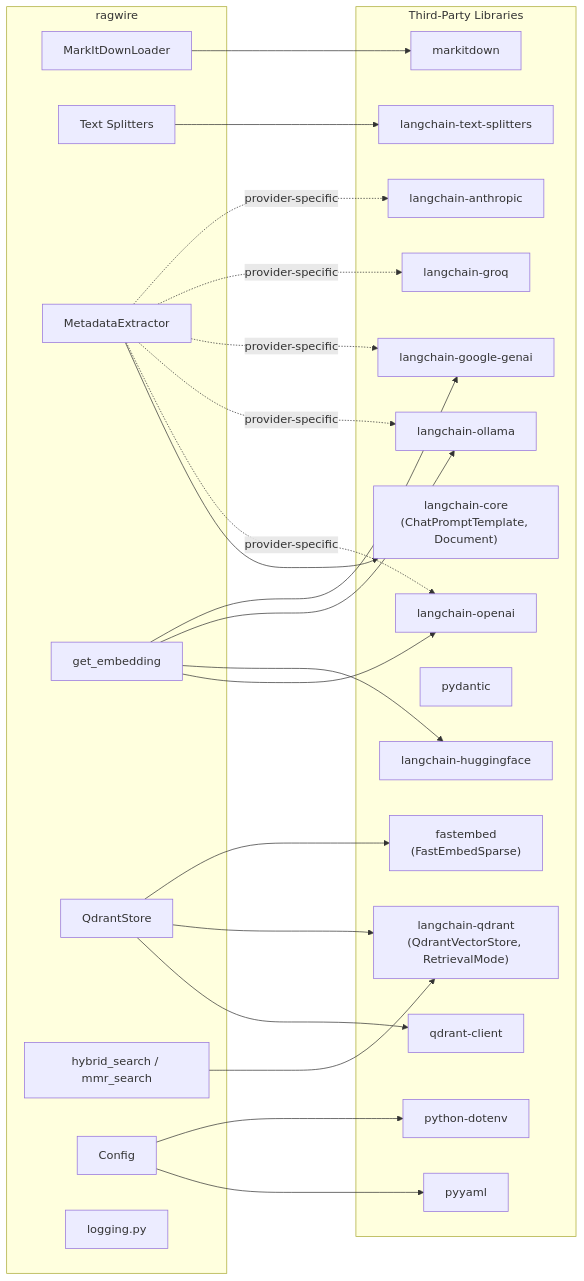
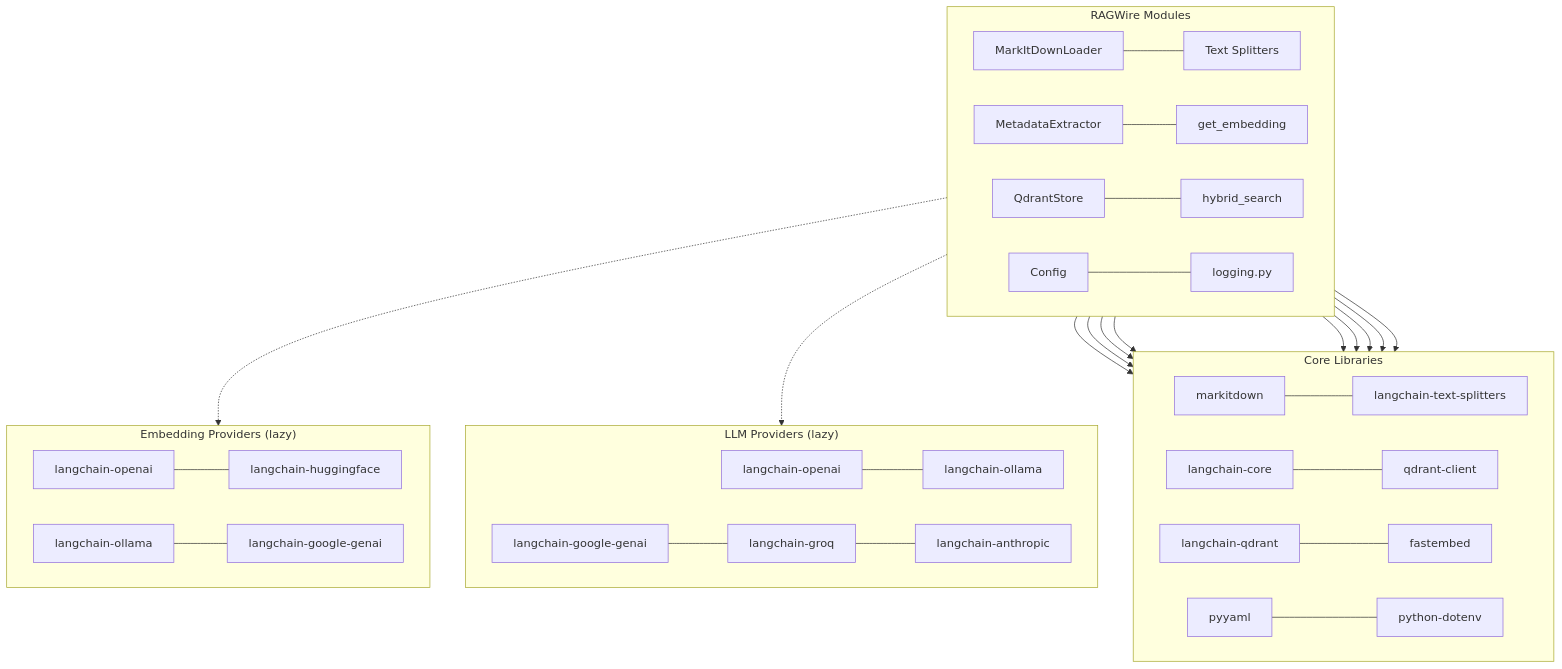
The second of 4 diagrams in docs/architecture/component_map.md (laxmimerit/RAGWire), drawn with Mermaid before and after one commit. The commit also changed other lines of this file and 3 other files, not shown here.

First line of the commit message:
release: v1.1.9 — fix PyPI image URL, redesign component map diagrams

````diff
--- a/docs/architecture/component_map.md
+++ b/docs/architecture/component_map.md
@@ -61,41 +57,42 @@
 ```mermaid
-graph LR
-    subgraph ragwire
-        LOAD["MarkItDownLoader"]
-        SPLIT["Text Splitters"]
-        EXT["MetadataExtractor"]
-        EMB["get_embedding"]
-        QS["QdrantStore"]
-        HYB["hybrid_search / mmr_search"]
-        CFG["Config"]
-        LOG["logging.py"]
+graph TB
+    subgraph RAGWire ["RAGWire Modules"]
+        direction LR
+        LOAD["MarkItDownLoader"] --- SPLIT["Text Splitters"]
+        EXT["MetadataExtractor"] --- EMB["get_embedding"]
+        QS["QdrantStore"] --- HYB["hybrid_search"]
+        CFG["Config"] --- LOG["logging.py"]
     end
 
-    subgraph "Third-Party Libraries"
-        MID["markitdown"]
-        LTS["langchain-text-splitters"]
-        LCC["langchain-core\n(ChatPromptTemplate, Document)"]
-        QC["qdrant-client"]
-        LQ["langchain-qdrant\n(QdrantVectorStore, RetrievalMode)"]
-        FE["fastembed\n(FastEmbedSparse)"]
-        YML["pyyaml"]
-        DOT["python-dotenv"]
-        PYD["pydantic"]
+    subgraph CoreLibs ["Core Libraries"]
+        direction LR
+        MID["markitdown"] --- LTS["langchain-text-splitters"]
+        LCC["langchain-core"] --- QC["qdrant-client"]
+        LQ["langchain-qdrant"] --- FE["fastembed"]
+        YML["pyyaml"] --- DOT["python-dotenv"]
+    end
 
-        OAI["langchain-openai"]
-        HF["langchain-huggingface"]
-        OLL["langchain-ollama"]
-        GGL["langchain-google-genai"]
-        GRQ["langchain-groq"]
-        ANT["langchain-anthropic"]
+    subgraph EmbedProviders ["Embedding Providers (lazy)"]
+        direction LR
+        OAI["langchain-openai"] --- HF["langchain-huggingface"]
+        OLL["langchain-ollama"] --- GGL["langchain-google-genai"]
+    end
+
+    subgraph LLMProviders ["LLM Providers (lazy)"]
+        direction LR
+        OAI2["langchain-openai"] --- OLL2["langchain-ollama"]
+        GGL2["langchain-google-genai"] --- GRQ["langchain-groq"] --- ANT["langchain-anthropic"]
     end
 
     LOAD --> MID
     SPLIT --> LTS
     EXT --> LCC
-    CFG --> YML & DOT
-    QS --> QC & LQ & FE
+    CFG --> YML
+    CFG --> DOT
+    QS --> QC
+    QS --> LQ
+    QS --> FE
     HYB --> LQ
-    EMB --> OAI & HF & OLL & GGL
-    EXT -.->|"provider-specific"| OAI & OLL & GGL & GRQ & ANT
+    EMB -.-> EmbedProviders
+    EXT -.-> LLMProviders
 ```
````
